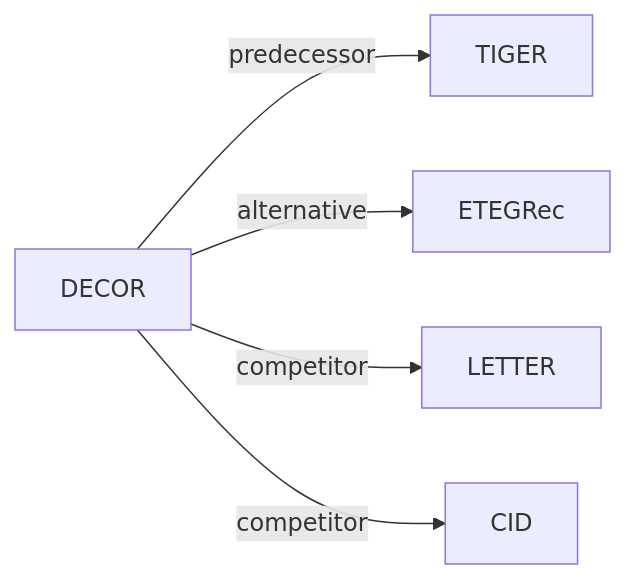
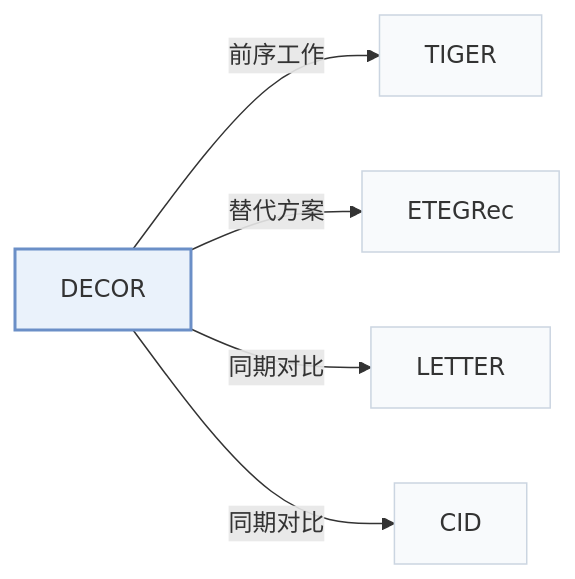
The second of 2 diagrams in pages/zh/papers/decor.md (Galaxy-ghost/Awesome-SID-Generative-Rec), drawn with Mermaid before and after one commit. The commit also changed other lines of this file and 649 other files, not shown here.

Commit message:
writer-05: also tags and modality index (schema, check, build, visuals); summary field removed; calibration data for 12 papers

````diff
--- a/pages/zh/papers/decor.md
+++ b/pages/zh/papers/decor.md
@@ -67,8 +74,12 @@
 ```mermaid
 flowchart LR
     P["DECOR"]
-    P -->|predecessor| A["TIGER"]
-    P -->|alternative| B["ETEGRec"]
-    P -->|competitor| C["LETTER"]
-    P -->|competitor| D["CID"]
+    P -->|"前序工作"| A["TIGER"]
+    P -->|"替代方案"| B["ETEGRec"]
+    P -->|"同期对比"| C["LETTER"]
+    P -->|"同期对比"| D["CID"]
+    classDef main fill:#eaf2fb,stroke:#6b8fc7,stroke-width:2px
+    classDef peer fill:#f8fafc,stroke:#cbd5e1
+    class P main
+    class A,B,C,D peer
 ```
````
